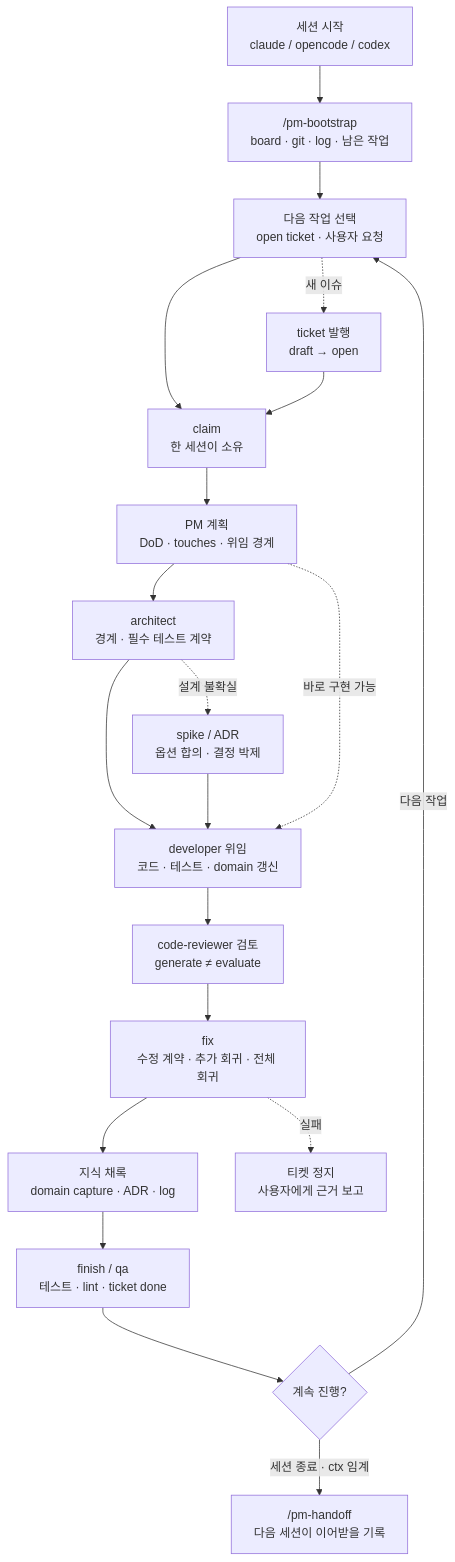
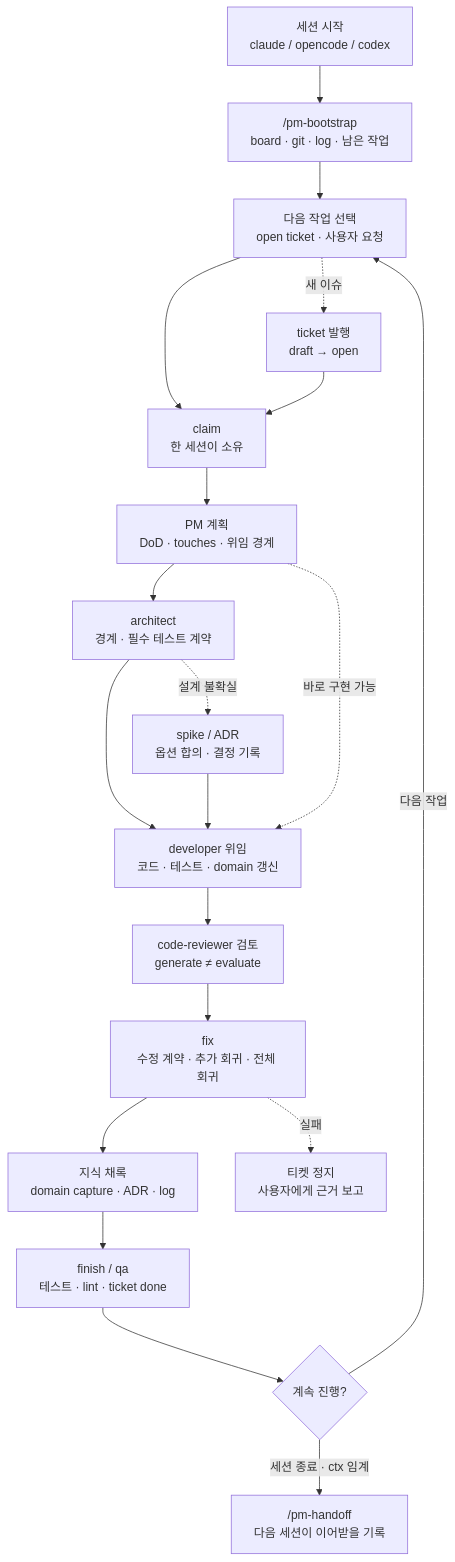
The third of 12 diagrams in README.md (sumin-ahn/project_manager), drawn with Mermaid before and after one commit. The commit also changed other lines of this file and 267 other files, not shown here.

````diff
--- a/README.md
+++ b/README.md
@@ -147,27 +147,27 @@
 ```mermaid
 flowchart TB
     Start["세션 시작<br/>claude / opencode / codex"]
     Boot["/pm-bootstrap<br/>board · git · log · 남은 작업"]
     Pick["다음 작업 선택<br/>open ticket · 사용자 요청"]
     Claim["claim<br/>한 세션이 소유"]
     Plan["PM 계획<br/>DoD · touches · 위임 경계"]
     Research["architect<br/>경계 · 필수 테스트 계약"]
     Dev["developer 위임<br/>코드 · 테스트 · domain 갱신"]
     Review["code-reviewer 검토<br/>generate ≠ evaluate"]
     Fix["fix<br/>수정 계약 · 추가 회귀 · 전체 회귀"]
     Capture["지식 채록<br/>domain capture · ADR · log"]
     Finish["finish / qa<br/>테스트 · lint · ticket done"]
     Continue{"계속 진행?"}
     Handoff["/pm-handoff<br/>다음 세션이 이어받을 기록"]
 
     Start --> Boot --> Pick --> Claim --> Plan --> Research --> Dev --> Review
     Review --> Fix --> Capture --> Finish --> Continue
     Continue -->|다음 작업| Pick
     Continue -->|세션 종료 · ctx 임계| Handoff
     Pick -. 새 이슈 .-> New["ticket 발행<br/>draft → open"]
     New --> Claim
-    Research -. 설계 불확실 .-> Spike["spike / ADR<br/>옵션 합의 · 결정 박제"]
+    Research -. 설계 불확실 .-> Spike["spike / ADR<br/>옵션 합의 · 결정 기록"]
     Spike --> Dev
     Plan -. 바로 구현 가능 .-> Dev
     Fix -. 실패 .-> Stop["티켓 정지<br/>사용자에게 근거 보고"]
 ```
````
